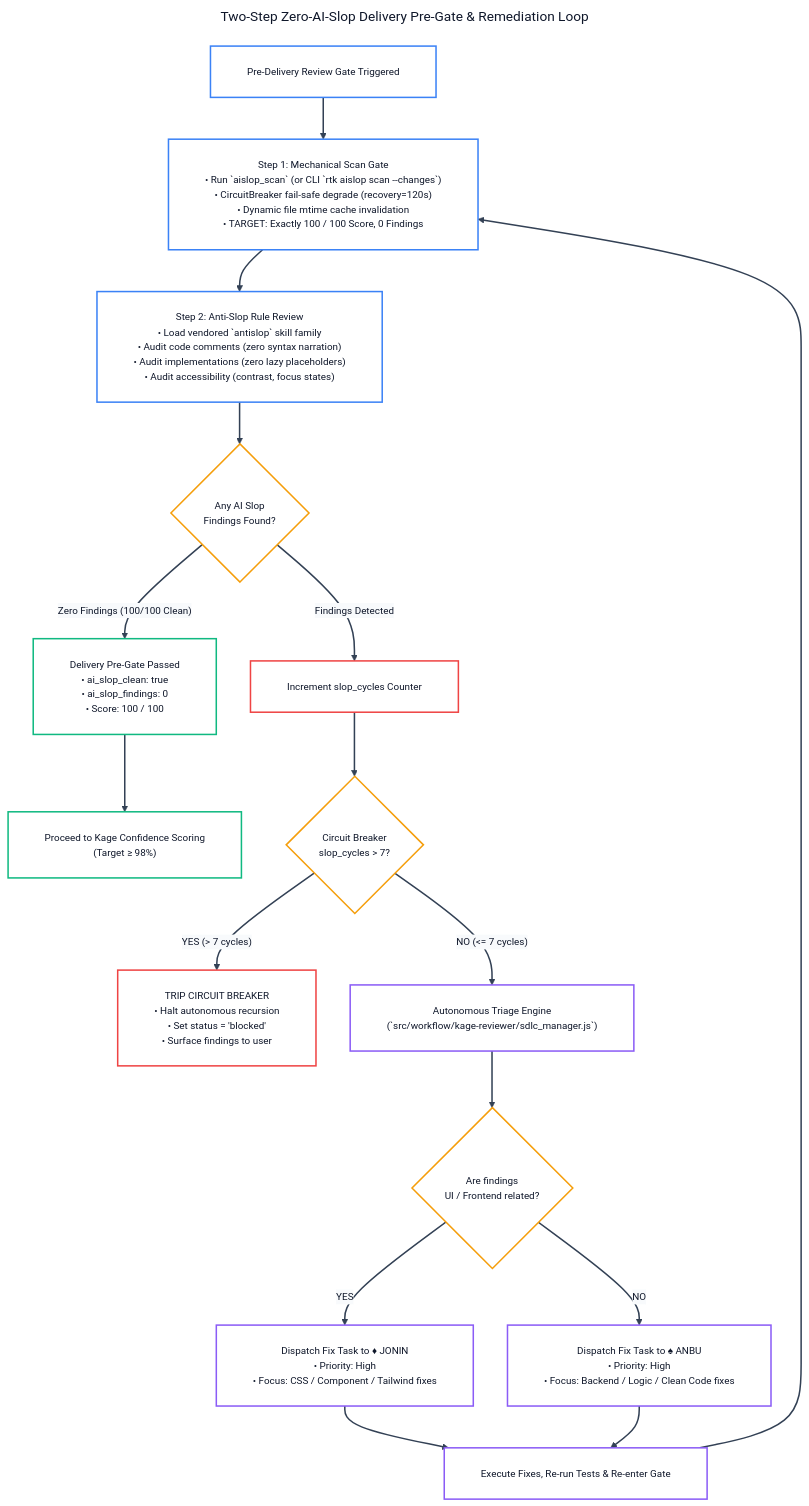
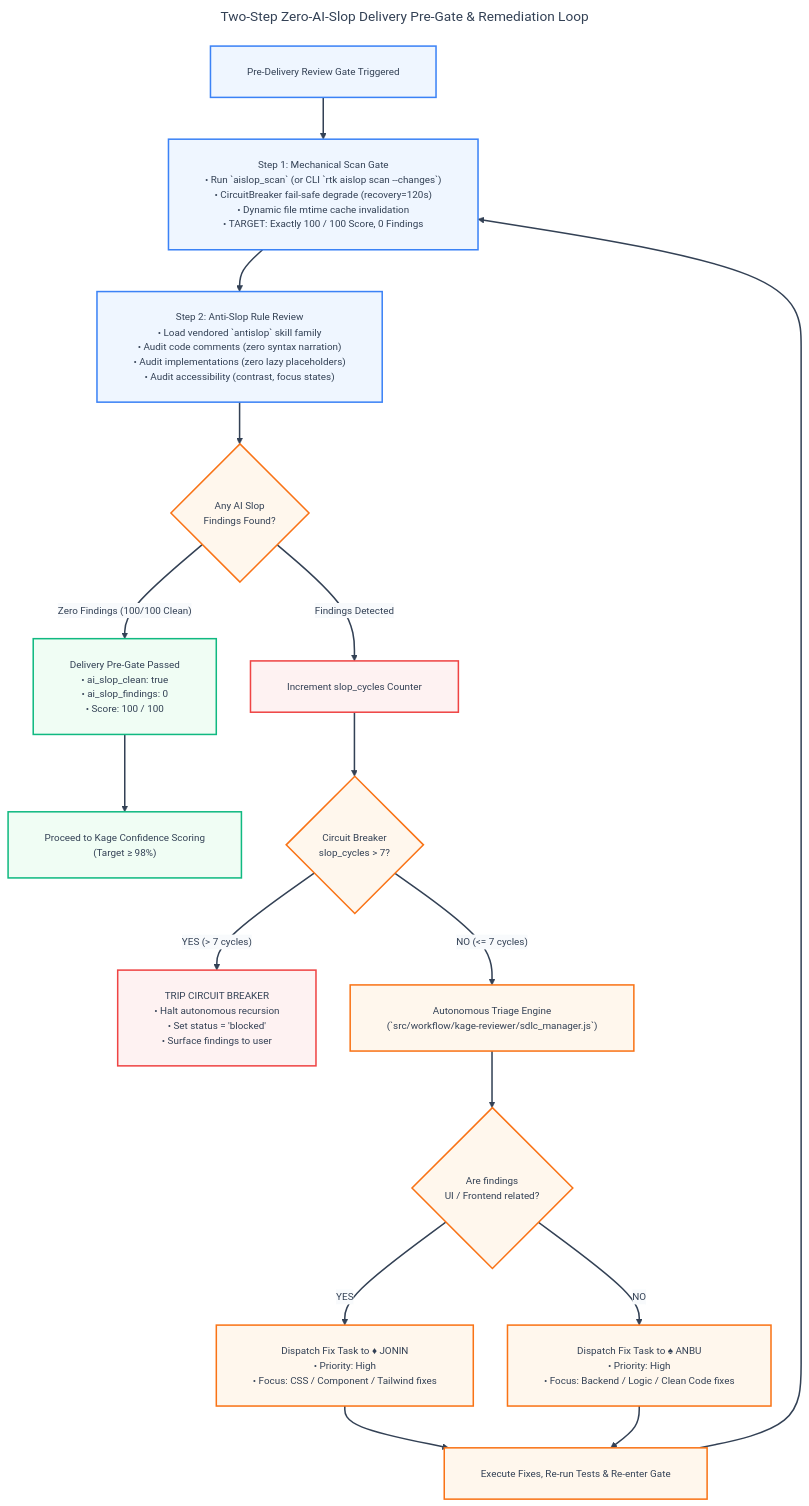
Before and after one commit to andycungkrinx91/konoha: the sixth of 19 diagrams in docs/ALL-WORKFLOW-DIAGRAMS.md, drawn with Mermaid. The commit also changed other lines of this file and 136 other files, not shown here.

````diff
--- a/docs/ALL-WORKFLOW-DIAGRAMS.md
+++ b/docs/ALL-WORKFLOW-DIAGRAMS.md
@@ -381,63 +381,63 @@
 ```mermaid
 ---
 title: Two-Step Zero-AI-Slop Delivery Pre-Gate & Remediation Loop
 config:
   theme: base
   themeVariables:
     darkMode: false
     background: '#ffffff'
-    mainBkg: '#ffffff'
-    primaryColor: '#ffffff'
-    primaryTextColor: '#0f172a'
-    primaryBorderColor: '#f59e0b'
+    mainBkg: '#eff6ff'
+    primaryColor: '#eff6ff'
+    primaryTextColor: '#334155'
+    primaryBorderColor: '#3b82f6'
     lineColor: '#334155'
     arrowheadColor: '#334155'
     secondaryColor: '#f8fafc'
-    tertiaryColor: '#ffffff'
+    tertiaryColor: '#f0fdf4'
     fontFamily: 'Inter, system-ui, -apple-system, sans-serif'
     fontSize: '13px'
   flowchart:
     nodeSpacing: 45
     rankSpacing: 55
     padding: 24
     wrappingWidth: 380
 ---
 flowchart TD
     Trigger["Pre-Delivery Review Gate Triggered"] --> Step1["Step 1: Mechanical Scan Gate<br/>• Run `aislop_scan` (or CLI `rtk aislop scan --changes`)<br/>• CircuitBreaker fail-safe degrade (recovery=120s)<br/>• Dynamic file mtime cache invalidation<br/>• TARGET: Exactly 100 / 100 Score, 0 Findings"]
 
     Step1 --> Step2["Step 2: Anti-Slop Rule Review<br/>• Load vendored `antislop` skill family<br/>• Audit code comments (zero syntax narration)<br/>• Audit implementations (zero lazy placeholders)<br/>• Audit accessibility (contrast, focus states)"]
 
     Step2 --> CheckSlop{"Any AI Slop<br/>Findings Found?"}
 
     CheckSlop -- "Zero Findings (100/100 Clean)" --> PassGate["Delivery Pre-Gate Passed<br/>• ai_slop_clean: true<br/>• ai_slop_findings: 0<br/>• Score: 100 / 100"]
     PassGate --> KageGate["Proceed to Kage Confidence Scoring<br/>(Target ≥ 98%)"]
 
     CheckSlop -- "Findings Detected" --> LoopInit["Increment slop_cycles Counter"]
     LoopInit --> CheckBreaker{"Circuit Breaker<br/>slop_cycles > 7?"}
 
     CheckBreaker -- "YES (> 7 cycles)" --> Tripped["TRIP CIRCUIT BREAKER<br/>• Halt autonomous recursion<br/>• Set status = 'blocked'<br/>• Surface findings to user"]
 
     CheckBreaker -- "NO (<= 7 cycles)" --> Triage["Autonomous Triage Engine<br/>(`src/workflow/kage-reviewer/sdlc_manager.js`)"]
     Triage --> CheckType{"Are findings<br/>UI / Frontend related?"}
 
     CheckType -- "YES" --> AssignJonin["Dispatch Fix Task to ♦ JONIN<br/>• Priority: High<br/>• Focus: CSS / Component / Tailwind fixes"]
     CheckType -- "NO" --> AssignAnbu["Dispatch Fix Task to ♠ ANBU<br/>• Priority: High<br/>• Focus: Backend / Logic / Clean Code fixes"]
 
     AssignJonin --> ReExecute["Execute Fixes, Re-run Tests &amp; Re-enter Gate"]
     AssignAnbu --> ReExecute
     ReExecute --> Step1
 
     linkStyle default stroke:#334155,stroke-width:2px;
 
-    classDef triggerNode fill:#ffffff,stroke:#3b82f6,color:#0f172a,stroke-width:2px;
-    classDef gateNode fill:#ffffff,stroke:#f59e0b,color:#0f172a,stroke-width:2px;
-    classDef passNode fill:#ffffff,stroke:#10b981,color:#0f172a,stroke-width:2px;
-    classDef loopNode fill:#ffffff,stroke:#ef4444,color:#0f172a,stroke-width:2px;
-    classDef triageNode fill:#ffffff,stroke:#8b5cf6,color:#0f172a,stroke-width:2px;
+    classDef triggerNode fill:#eff6ff,stroke:#3b82f6,color:#334155,stroke-width:2px;
+    classDef gateNode fill:#fff7ed,stroke:#f97316,color:#334155,stroke-width:2px;
+    classDef passNode fill:#f0fdf4,stroke:#10b981,color:#334155,stroke-width:2px;
+    classDef loopNode fill:#fef2f2,stroke:#ef4444,color:#334155,stroke-width:2px;
+    classDef triageNode fill:#fff7ed,stroke:#f97316,color:#334155,stroke-width:2px;
 
     class Trigger,Step1,Step2 triggerNode;
     class CheckSlop,CheckBreaker,CheckType gateNode;
     class PassGate,KageGate passNode;
     class LoopInit,Tripped loopNode;
     class Triage,AssignJonin,AssignAnbu,ReExecute triageNode;
 ```
````
